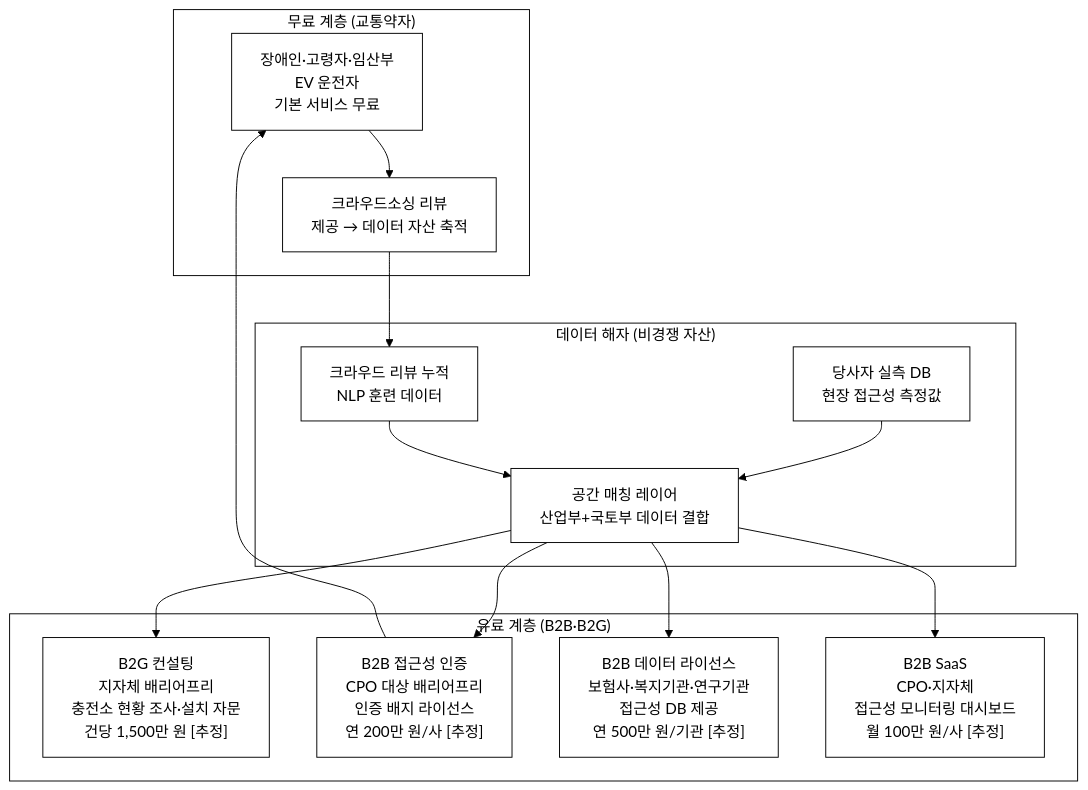
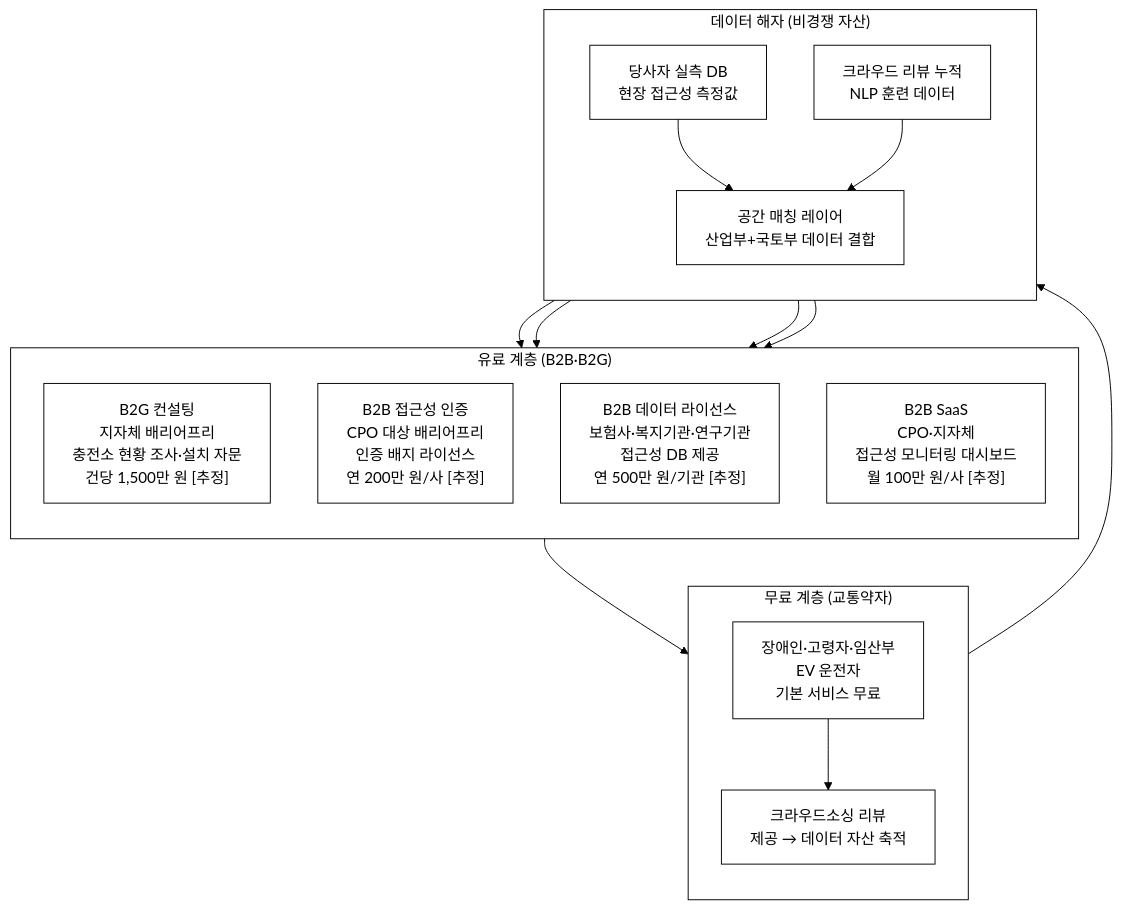
The fifth of 5 diagrams in 25-교통약자-충전접근/biz/1_제안서.md (iamywl/pulicdata-congress), drawn with Mermaid before and after one commit. The commit also changed other lines of this file and 44 other files, not shown here.

````diff
--- a/25-교통약자-충전접근/biz/1_제안서.md
+++ b/25-교통약자-충전접근/biz/1_제안서.md
@@ -487,28 +494,31 @@
 ```mermaid
 %%{init: {'theme':'base','themeVariables':{'background':'#ffffff','primaryColor':'#ffffff','primaryBorderColor':'#000000','primaryTextColor':'#000000','secondaryColor':'#ffffff','secondaryBorderColor':'#000000','secondaryTextColor':'#000000','tertiaryColor':'#ffffff','tertiaryBorderColor':'#000000','tertiaryTextColor':'#000000','mainBkg':'#ffffff','secondBkg':'#ffffff','lineColor':'#000000','textColor':'#000000','clusterBkg':'#ffffff','clusterBorder':'#000000','edgeLabelBackground':'#ffffff','actorBkg':'#ffffff','actorBorder':'#000000','noteBkgColor':'#ffffff','noteBorderColor':'#000000','signalColor':'#000000','signalTextColor':'#000000','fontFamily':'Georgia, serif'}}}%%
-flowchart TD
+flowchart TB
     subgraph 무료층["무료 계층 (교통약자)"]
+        direction TB
         U1["장애인·고령자·임산부<br/>EV 운전자<br/>기본 서비스 무료"]
         U2["크라우드소싱 리뷰<br/>제공 → 데이터 자산 축적"]
     end
     subgraph 유료층["유료 계층 (B2B·B2G)"]
+        direction TB
         R1["B2G 컨설팅<br/>지자체 배리어프리<br/>충전소 현황 조사·설치 자문<br/>건당 1,500만 원 [추정]"]
         R2["B2B 접근성 인증<br/>CPO 대상 배리어프리<br/>인증 배지 라이선스<br/>연 200만 원/사 [추정]"]
         R3["B2B 데이터 라이선스<br/>보험사·복지기관·연구기관<br/>접근성 DB 제공<br/>연 500만 원/기관 [추정]"]
         R4["B2B SaaS<br/>CPO·지자체<br/>접근성 모니터링 대시보드<br/>월 100만 원/사 [추정]"]
     end
     subgraph 해자["데이터 해자 (비경쟁 자산)"]
+        direction TB
         M1["당사자 실측 DB<br/>현장 접근성 측정값"]
         M2["크라우드 리뷰 누적<br/>NLP 훈련 데이터"]
         M3["공간 매칭 레이어<br/>산업부+국토부 데이터 결합"]
     end
     U1 --> U2
     U2 --> M2
     M1 --> M3
     M2 --> M3
     M3 --> R1
     M3 --> R2
     M3 --> R3
     M3 --> R4
     R2 --> U1
 ```
````
